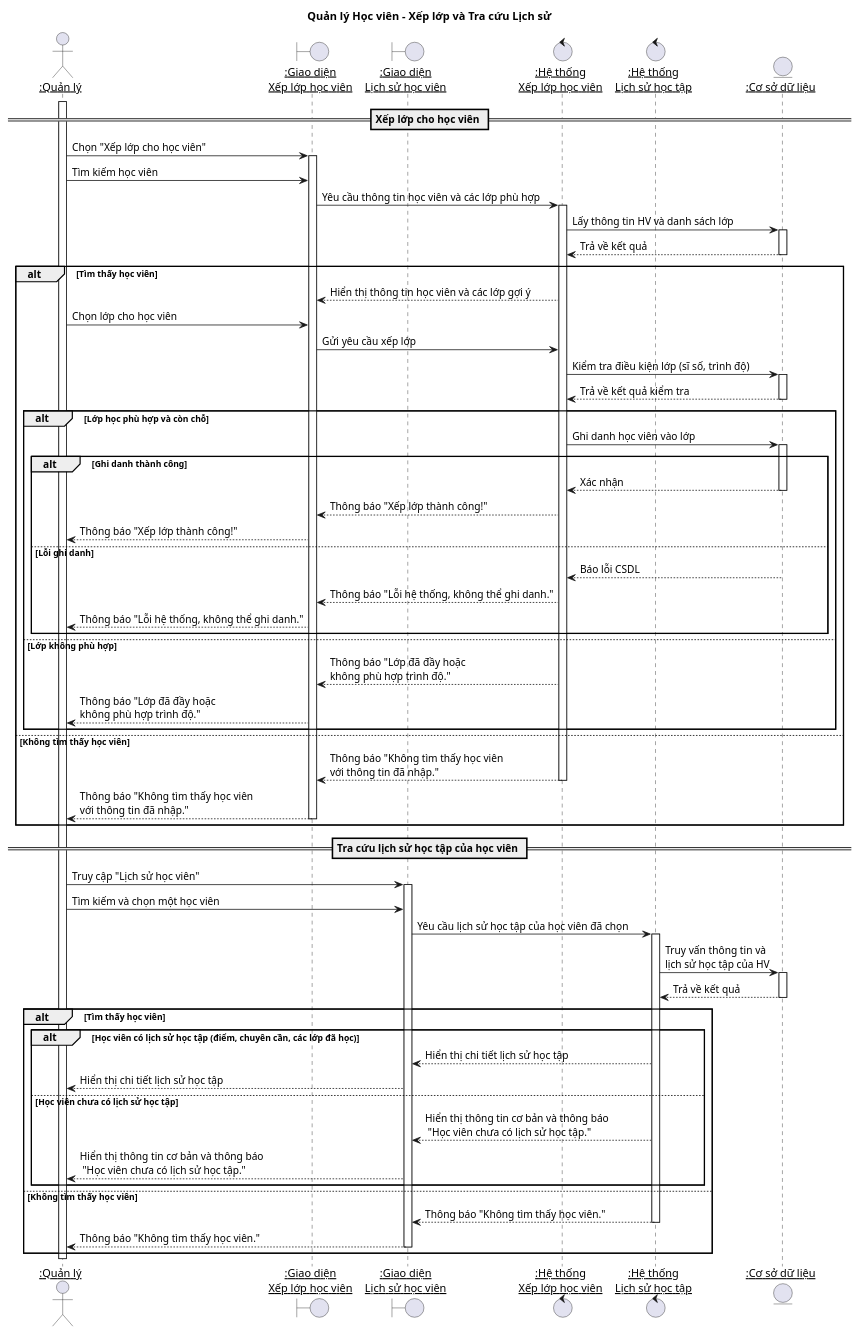
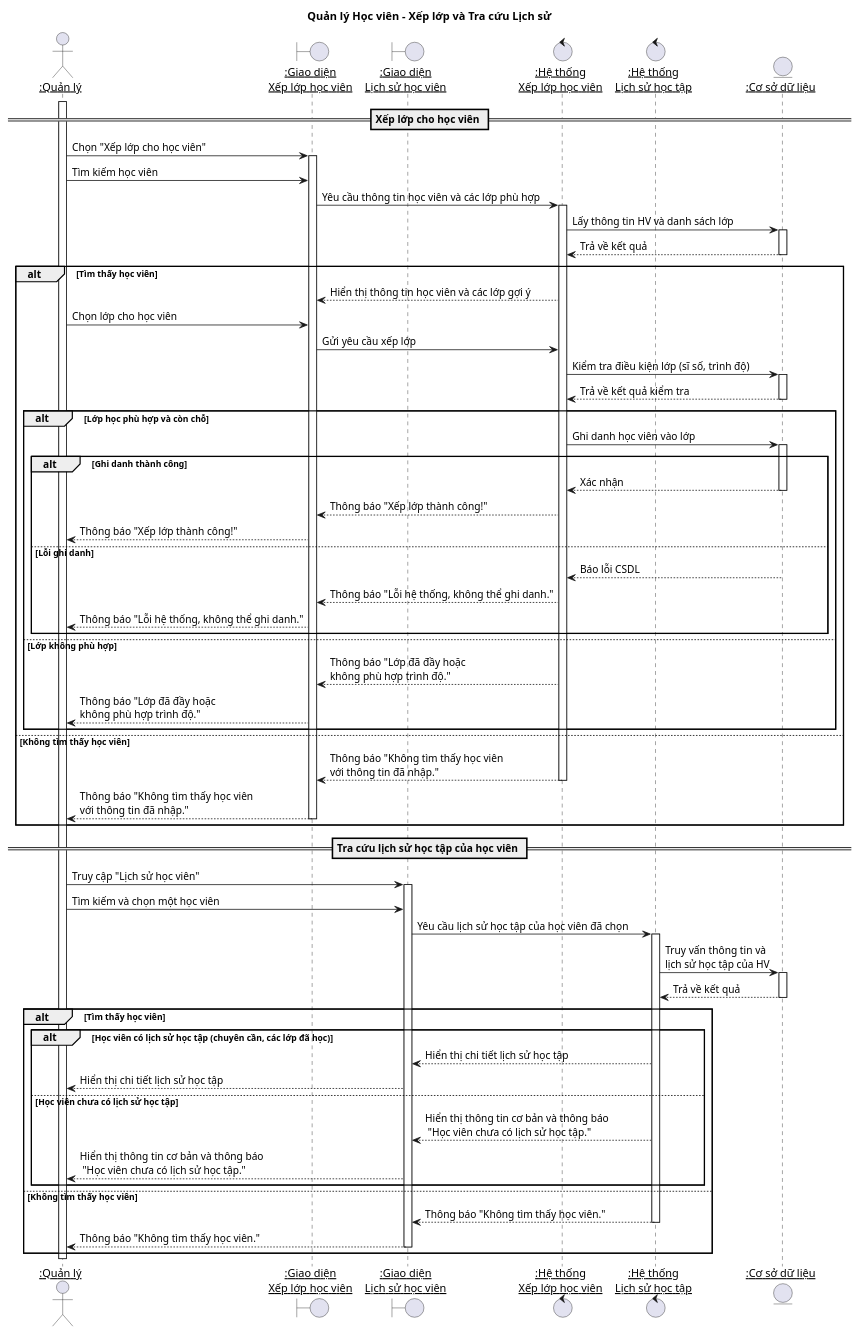
Before and after one commit to pTBgH/pttkht: the diagram in quanlyhocvien.puml, drawn with PlantUML. The commit also changed 1 other file, not shown here.

```diff
--- a/quanlyhocvien.puml
+++ b/quanlyhocvien.puml
@@ -1,101 +1,101 @@
 @startuml "Quản lý Học viên - Xếp lớp và Tra cứu Lịch sử"
 title Quản lý Học viên - Xếp lớp và Tra cứu Lịch sử
 actor "<u>:Quản lý" as Manager
 
 ' --- Định nghĩa các đối tượng ---
 boundary "<u>:Giao diện\n<u>Xếp lớp học viên" as StudentClassUI
 boundary "<u>:Giao diện\n<u>Lịch sử học viên" as HistoryUI
 control "<u>:Hệ thống\n<u>Xếp lớp học viên" as StudentSystem
 control "<u>:Hệ thống\n<u>Lịch sử học tập" as HistorySystem
 entity "<u>:Cơ sở dữ liệu" as Database
 
 ' --- Bắt đầu luồng ---
 activate Manager
 
 ' ========================================
 ' Luồng: Xếp lớp cho học viên
 ' ========================================
 == Xếp lớp cho học viên ==
 Manager -> StudentClassUI: Chọn "Xếp lớp cho học viên"
 activate StudentClassUI
 
 Manager -> StudentClassUI: Tìm kiếm học viên
 StudentClassUI -> StudentSystem: Yêu cầu thông tin học viên và các lớp phù hợp
 activate StudentSystem
 
 StudentSystem -> Database: Lấy thông tin HV và danh sách lớp
 activate Database
 Database --> StudentSystem: Trả về kết quả
 deactivate Database
 
 alt Tìm thấy học viên
     StudentSystem --> StudentClassUI: Hiển thị thông tin học viên và các lớp gợi ý
     
     Manager -> StudentClassUI: Chọn lớp cho học viên
     StudentClassUI -> StudentSystem: Gửi yêu cầu xếp lớp
 
     StudentSystem -> Database: Kiểm tra điều kiện lớp (sĩ số, trình độ)
     activate Database
     Database --> StudentSystem: Trả về kết quả kiểm tra
     deactivate Database
 
     alt Lớp học phù hợp và còn chỗ
         StudentSystem -> Database: Ghi danh học viên vào lớp
         activate Database
         alt Ghi danh thành công
             Database --> StudentSystem: Xác nhận
             deactivate Database
             StudentSystem --> StudentClassUI: Thông báo "Xếp lớp thành công!"
             StudentClassUI --> Manager: Thông báo "Xếp lớp thành công!"
         else Lỗi ghi danh
             Database --> StudentSystem: Báo lỗi CSDL
             StudentSystem --> StudentClassUI: Thông báo "Lỗi hệ thống, không thể ghi danh."
             StudentClassUI --> Manager: Thông báo "Lỗi hệ thống, không thể ghi danh."
         end
     else Lớp không phù hợp
         StudentSystem --> StudentClassUI: Thông báo "Lớp đã đầy hoặc\nkhông phù hợp trình độ."
         StudentClassUI --> Manager: Thông báo "Lớp đã đầy hoặc\nkhông phù hợp trình độ."
     end
 else Không tìm thấy học viên
     StudentSystem --> StudentClassUI: Thông báo "Không tìm thấy học viên\nvới thông tin đã nhập."
     deactivate StudentSystem
     StudentClassUI --> Manager: Thông báo "Không tìm thấy học viên\nvới thông tin đã nhập."
     deactivate StudentClassUI
 end
 
 ' ========================================
 ' Luồng: Xem lịch sử học viên
 ' ========================================
 == Tra cứu lịch sử học tập của học viên ==
 Manager -> HistoryUI: Truy cập "Lịch sử học viên"
 activate HistoryUI
 
 Manager -> HistoryUI: Tìm kiếm và chọn một học viên
 HistoryUI -> HistorySystem: Yêu cầu lịch sử học tập của học viên đã chọn
 activate HistorySystem
 
 HistorySystem -> Database: Truy vấn thông tin và \nlịch sử học tập của HV
 activate Database
 Database --> HistorySystem: Trả về kết quả
 deactivate Database
 
 alt Tìm thấy học viên
-    alt Học viên có lịch sử học tập (điểm, chuyên cần, các lớp đã học)
+    alt Học viên có lịch sử học tập (chuyên cần, các lớp đã học)
         HistorySystem --> HistoryUI: Hiển thị chi tiết lịch sử học tập
         HistoryUI --> Manager: Hiển thị chi tiết lịch sử học tập
     else Học viên chưa có lịch sử học tập
         HistorySystem --> HistoryUI: Hiển thị thông tin cơ bản và thông báo\n "Học viên chưa có lịch sử học tập."
         HistoryUI --> Manager: Hiển thị thông tin cơ bản và thông báo\n "Học viên chưa có lịch sử học tập."
     end
 else Không tìm thấy học viên
     HistorySystem --> HistoryUI: Thông báo "Không tìm thấy học viên."
     deactivate HistorySystem
     HistoryUI --> Manager: Thông báo "Không tìm thấy học viên."
     deactivate HistoryUI
 
 end
 
 
 deactivate Manager
 
 @enduml
```
